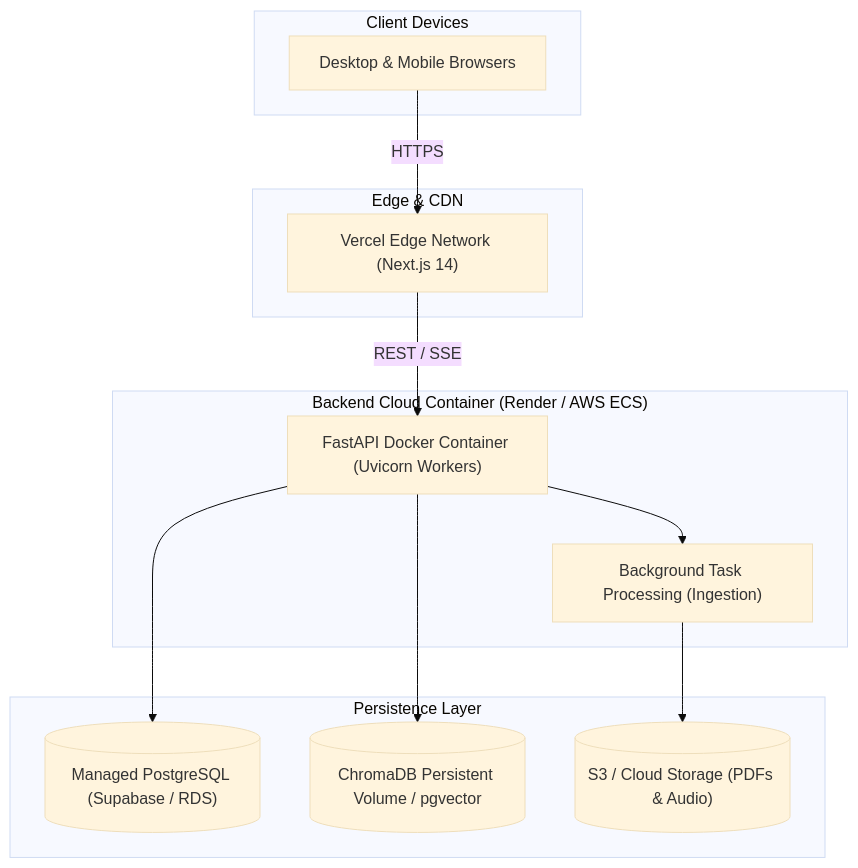
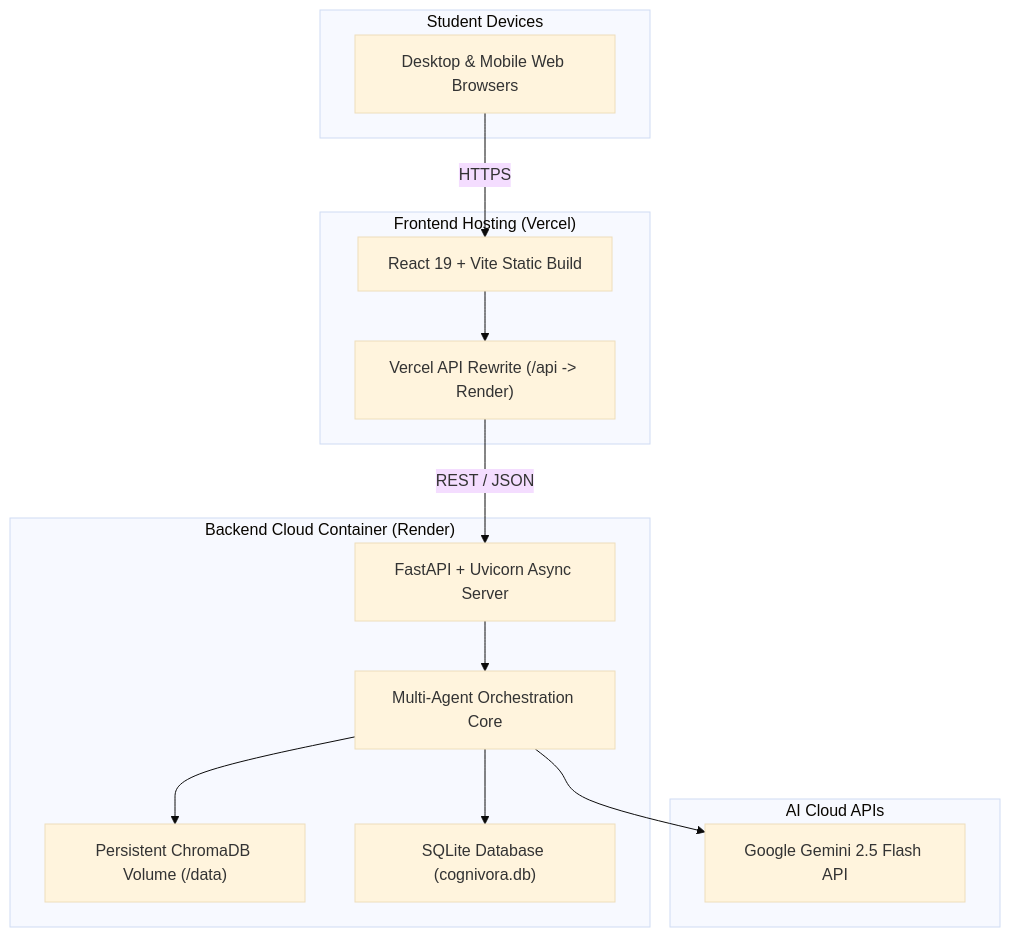
Before and after one commit to varun16-dev/Cognivora-AI: the ninth of 10 diagrams in README.md, drawn with Mermaid (base theme). The commit also changed other lines of this file and 55 other files, not shown here.

Commit message:
feat: complete Capabl 8-week deliverables, multi-agent RAG backend, React dashboard, and test suites

````diff
--- a/README.md
+++ b/README.md
@@ -471,28 +363,30 @@
 ```mermaid
 flowchart TD
-    subgraph Users ["Client Devices"]
-        Browser["Desktop & Mobile Browsers"]
+    subgraph Users ["Student Devices"]
+        Browser["Desktop & Mobile Web Browsers"]
     end
 
-    subgraph CDN ["Edge & CDN"]
-        VercelEdge["Vercel Edge Network (Next.js 14)"]
+    subgraph Vercel ["Frontend Hosting (Vercel)"]
+        ReactApp["React 19 + Vite Static Build"]
+        Proxy["Vercel API Rewrite (/api -> Render)"]
     end
 
-    subgraph CloudApp ["Backend Cloud Container (Render / AWS ECS)"]
-        DockerFastAPI["FastAPI Docker Container (Uvicorn Workers)"]
-        WorkerQueue["Background Task Processing (Ingestion)"]
+    subgraph Render ["Backend Cloud Container (Render)"]
+        FastAPIApp["FastAPI + Uvicorn Async Server"]
+        AgentEngine["Multi-Agent Orchestration Core"]
+        LocalChroma["Persistent ChromaDB Volume (/data)"]
+        LocalSQLite["SQLite Database (cognivora.db)"]
     end
 
-    subgraph CloudStorage ["Persistence Layer"]
-        ManagedPG[("Managed PostgreSQL (Supabase / RDS)")]
-        ManagedVector[("ChromaDB Persistent Volume / pgvector")]
-        ObjectStore[("S3 / Cloud Storage (PDFs & Audio)")]
+    subgraph CloudAI ["AI Cloud APIs"]
+        GeminiAPI["Google Gemini 2.5 Flash API"]
     end
 
-    Browser -->|HTTPS| VercelEdge
-    VercelEdge -->|REST / SSE| DockerFastAPI
-    DockerFastAPI --> ManagedPG
-    DockerFastAPI --> ManagedVector
-    DockerFastAPI --> WorkerQueue
-    WorkerQueue --> ObjectStore
+    Browser -->|HTTPS| ReactApp
+    ReactApp --> Proxy
+    Proxy -->|REST / JSON| FastAPIApp
+    FastAPIApp --> AgentEngine
+    AgentEngine --> GeminiAPI
+    AgentEngine --> LocalChroma
+    AgentEngine --> LocalSQLite
 ```
````
